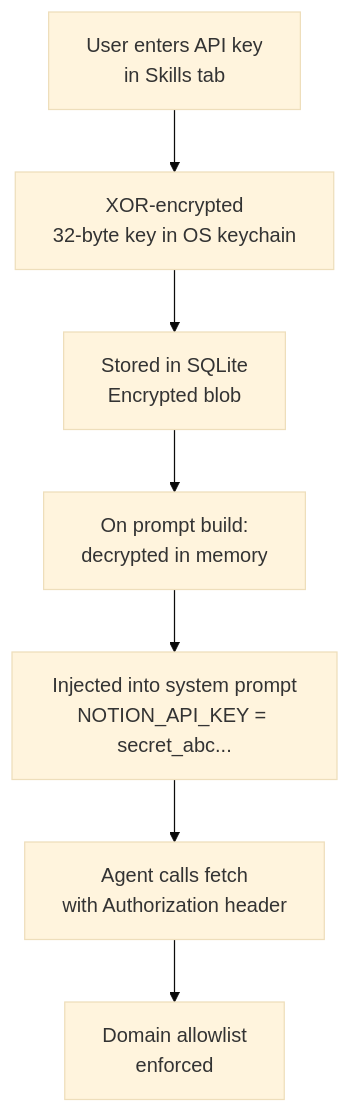
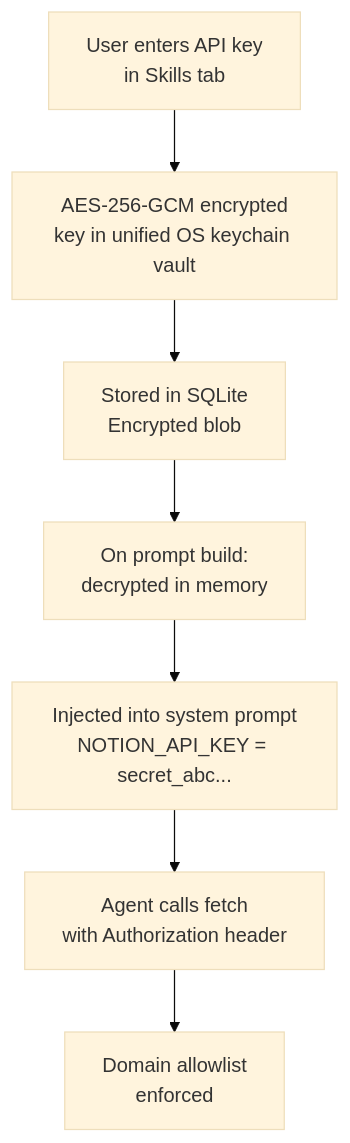
The second of 2 diagrams in guides/integrations.mdx (elisplash/paw), drawn with Mermaid (base theme) before and after one commit. The commit also changed other lines of this file and 23 other files, not shown here.

````diff
--- a/guides/integrations.mdx
+++ b/guides/integrations.mdx
@@ -49,9 +49,9 @@
 ```mermaid actions={false}
 graph TD
-    A["User enters API key\nin Skills tab"] --> B["XOR-encrypted\n32-byte key in OS keychain"]
+    A["User enters API key\nin Skills tab"] --> B["AES-256-GCM encrypted\nkey in unified OS keychain vault"]
     B --> C["Stored in SQLite\nEncrypted blob"]
     C --> D["On prompt build:\ndecrypted in memory"]
     D --> E["Injected into system prompt\nNOTION_API_KEY = secret_abc..."]
     E --> F["Agent calls fetch\nwith Authorization header"]
     F --> G["Domain allowlist\nenforced"]
 ```
````
